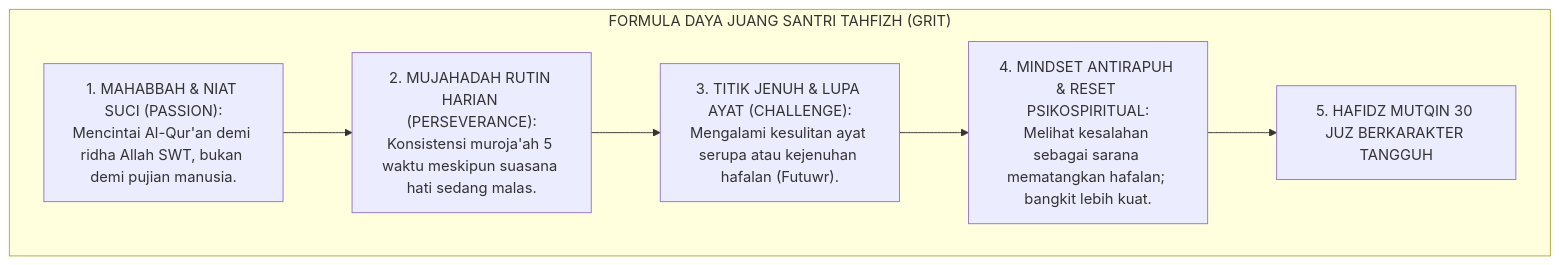
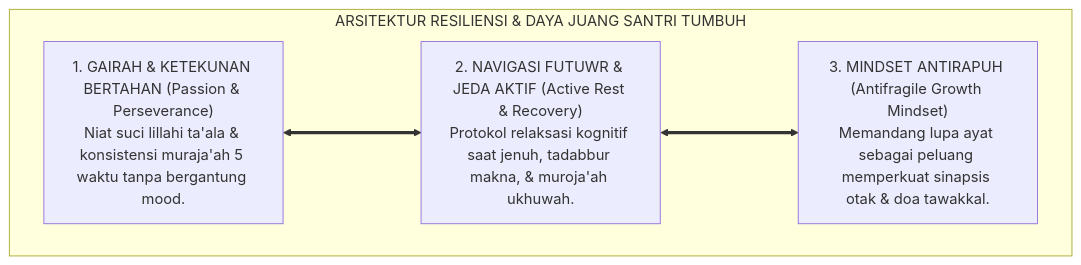
The second of 3 diagrams in 02 Principles/04 Development Principles/P2-04-06-Prinsip-Resiliensi-dan-Grit-Santri-Tahfizh.md (wandiapriliyandi/tumbuh), drawn with Mermaid before and after one commit. The commit also changed other lines of this file and 7 other files, not shown here.

````diff
--- a/02 Principles/04 Development Principles/P2-04-06-Prinsip-Resiliensi-dan-Grit-Santri-Tahfizh.md
+++ b/02 Principles/04 Development Principles/P2-04-06-Prinsip-Resiliensi-dan-Grit-Santri-Tahfizh.md
@@ -53,16 +114,13 @@
 ```mermaid
 flowchart TD
-    subgraph DinamikaGritTahfizhTUMBUH["FORMULA DAYA JUANG SANTRI TAHFIZH (GRIT)"]
-        Niat["1. MAHABBAH & NIAT SUCI (PASSION):<br/>Mencintai Al-Qur'an demi ridha Allah SWT, bukan demi pujian manusia."]
+    subgraph ArsitekturGritTUMBUH["ARSITEKTUR RESILIENSI & DAYA JUANG SANTRI TUMBUH"]
         
-        Disiplin["2. MUJAHADAH RUTIN HARIAN (PERSEVERANCE):<br/>Konsistensi muroja'ah 5 waktu meskipun suasana hati sedang malas."]
+        G1_Sayap["1. GAIRAH & KETEKUNAN BERTAHAN (Passion & Perseverance)<br/>Niat suci lillahi ta'ala & konsistensi muraja'ah 5 waktu tanpa bergantung mood."]
         
-        Rintangan["3. TITIK JENUH & LUPA AYAT (CHALLENGE):<br/>Mengalami kesulitan ayat serupa atau kejenuhan hafalan (Futuwr)."]
+        G2_Sayap["2. NAVIGASI FUTUWR & JEDA AKTIF (Active Rest & Recovery)<br/>Protokol relaksasi kognitif saat jenuh, tadabbur makna, & muroja'ah ukhuwah."]
         
-        Bangkit["4. MINDSET ANTIRAPUH & RESET PSIKOSPIRITUAL:<br/>Melihat kesalahan sebagai sarana mematangkan hafalan; bangkit lebih kuat."]
+        G3_Sayap["3. MINDSET ANTIRAPUH (Antifragile Growth Mindset)<br/>Memandang lupa ayat sebagai peluang memperkuat sinapsis otak & doa tawakkal."]
         
-        Khatam["5. HAFIDZ MUTQIN 30 JUZ BERKARAKTER TANGGUH"]
-        
-        Niat --> Disiplin --> Rintangan --> Bangkit --> Khatam
+        G1_Sayap <===> G2_Sayap <===> G3_Sayap
     end
 ```
````
